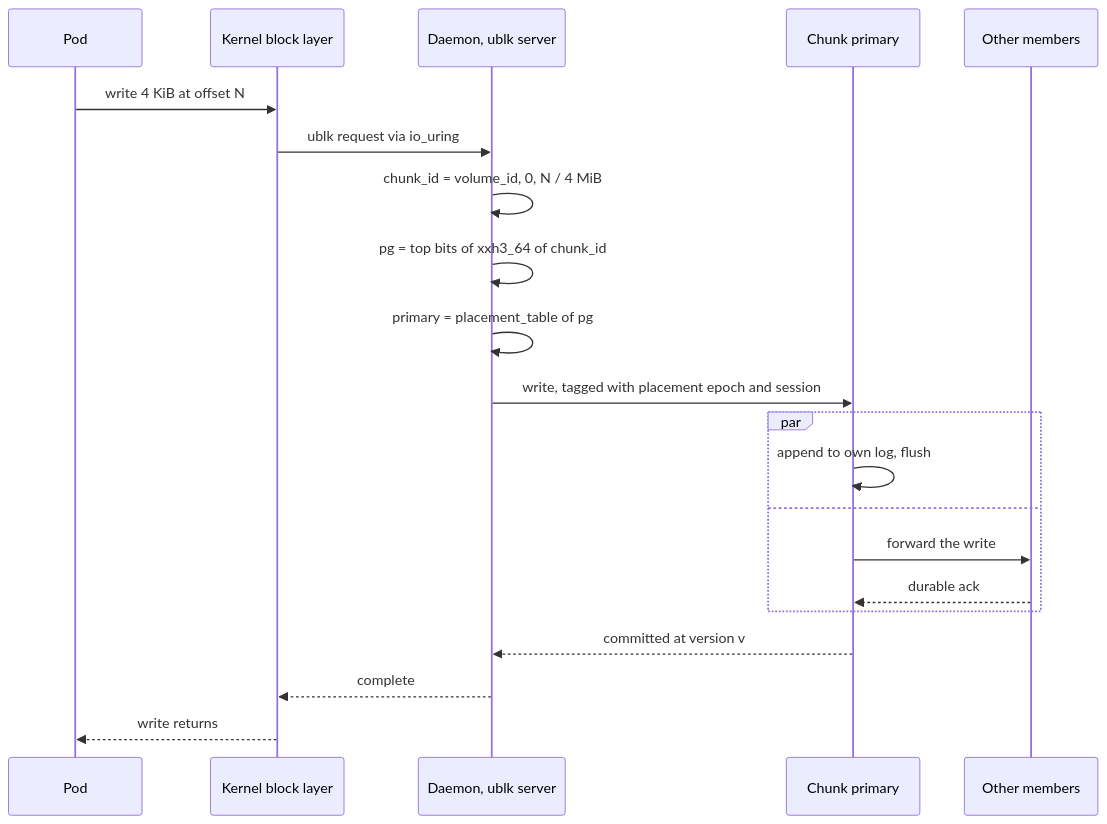
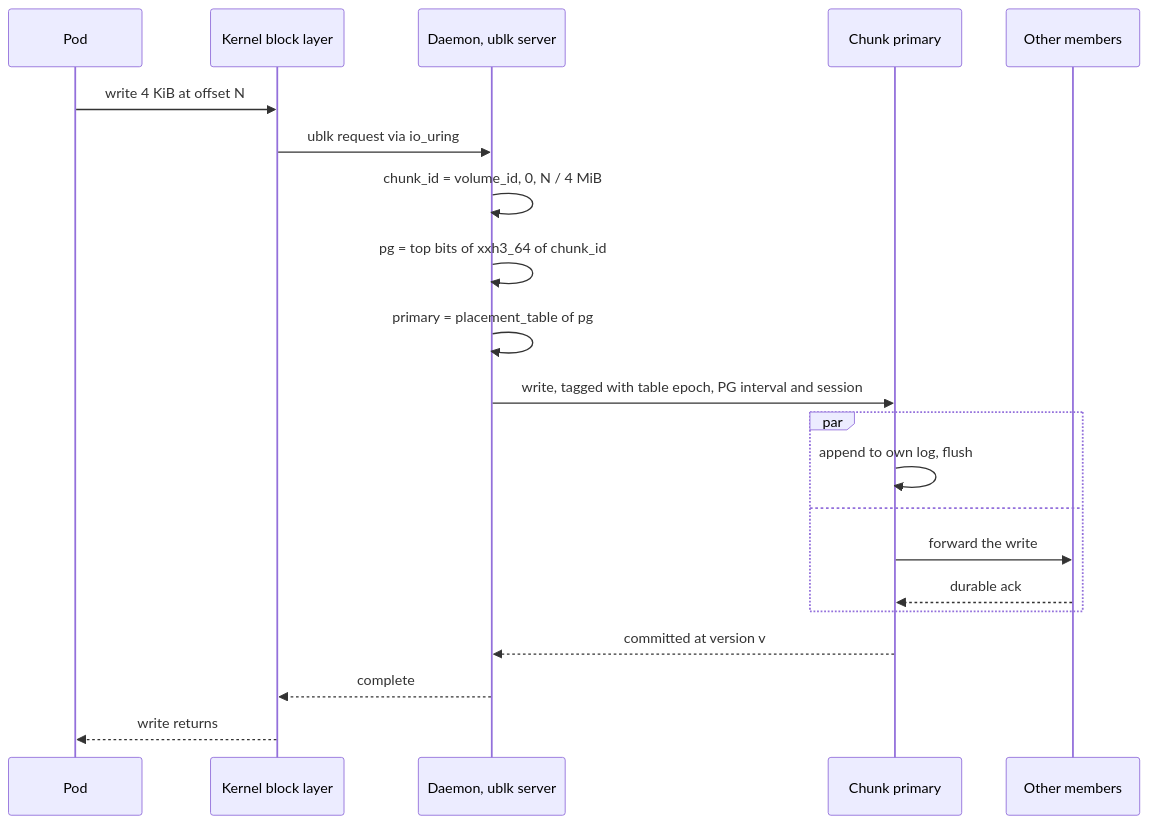
Before and after one commit to nvcnvn/rock-solid: the first of 4 diagrams in blogs/10-block-snapshots-and-clones.md, drawn with Mermaid. The commit also changed other lines of this file and 11 other files, not shown here.

````diff
--- a/blogs/10-block-snapshots-and-clones.md
+++ b/blogs/10-block-snapshots-and-clones.md
@@ -121,23 +121,23 @@
 ```mermaid
 sequenceDiagram
     participant P as Pod
     participant K as Kernel block layer
     participant D as Daemon, ublk server
     participant PR as Chunk primary
     participant R as Other members
     P->>K: write 4 KiB at offset N
     K->>D: ublk request via io_uring
     D->>D: chunk_id = volume_id, 0, N / 4 MiB
     D->>D: pg = top bits of xxh3_64 of chunk_id
     D->>D: primary = placement_table of pg
-    D->>PR: write, tagged with placement epoch and session
+    D->>PR: write, tagged with table epoch, PG interval and session
     par
         PR->>PR: append to own log, flush
     and
         PR->>R: forward the write
         R-->>PR: durable ack
     end
     PR-->>D: committed at version v
     D-->>K: complete
     K-->>P: write returns
 ```
````
